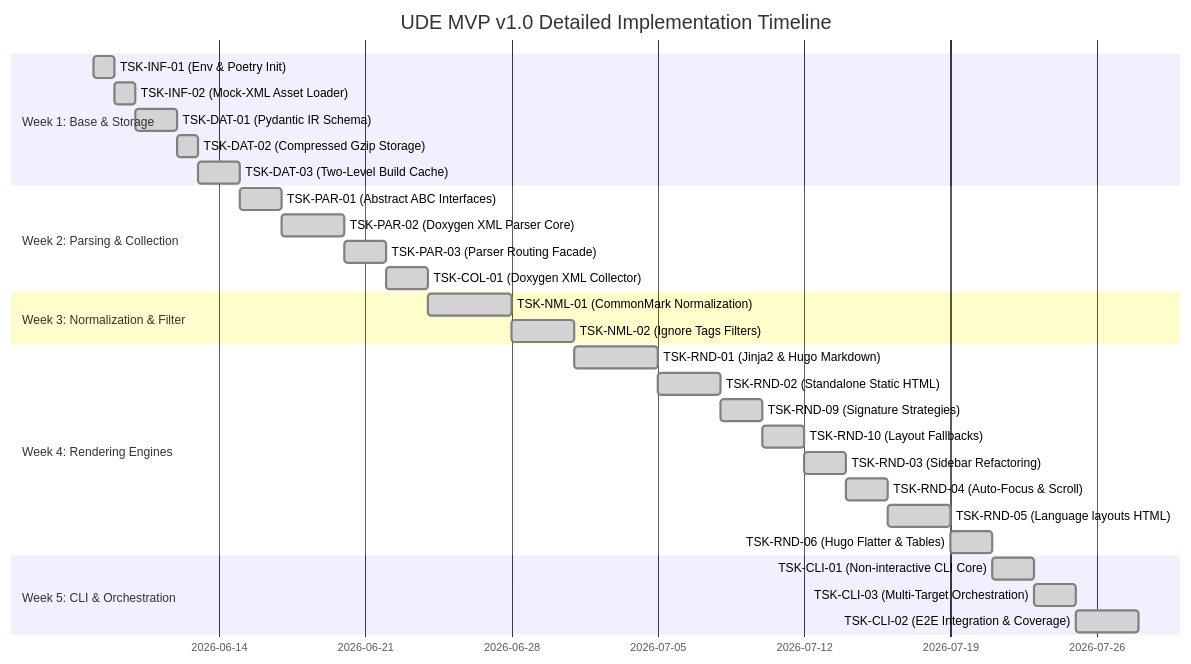
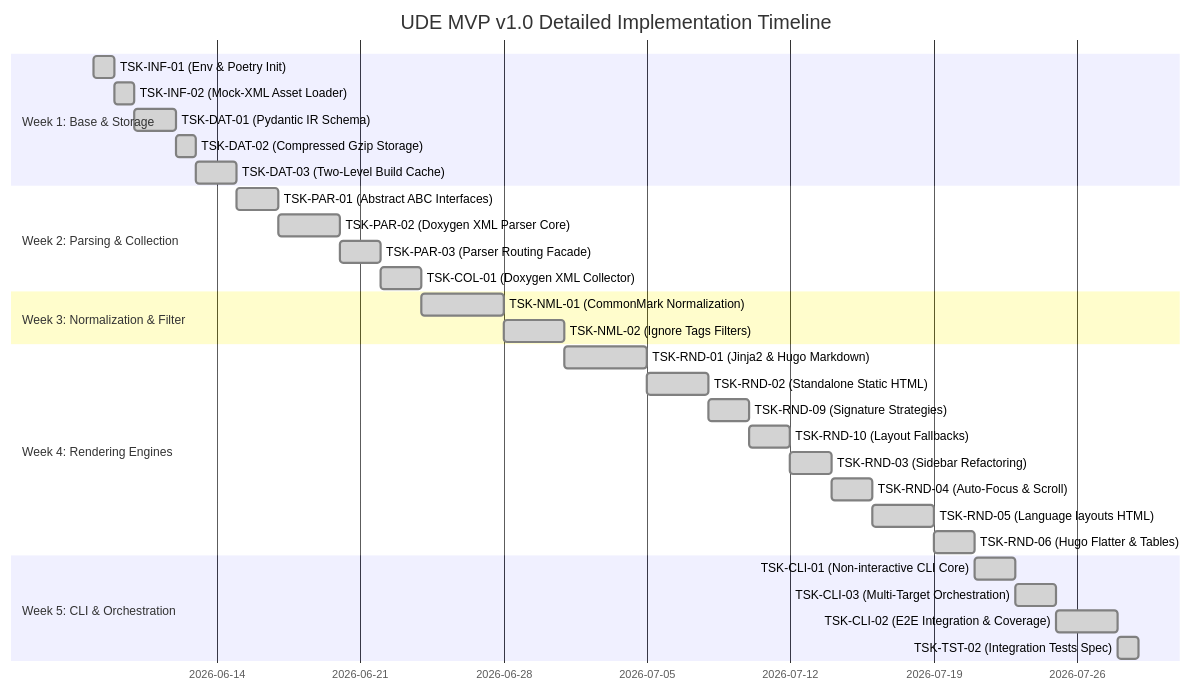
One commit to Sir-Derryk/Pipeline changed the diagram in .antigravitycli/active_plan.md. Above: the diagram before and after it, drawn with Mermaid. The commit also changed other lines of this file and 1 other file, not shown here.

Commit message:
docs: integrate integration tests spec and update metadata logs

````diff
--- a/.antigravitycli/active_plan.md
+++ b/.antigravitycli/active_plan.md
@@ -14,32 +14,33 @@
 ```mermaid
 gantt
     title UDE MVP v1.0 Detailed Implementation Timeline
     dateFormat  YYYY-MM-DD
     section Week 1: Base & Storage
     TSK-INF-01 (Env & Poetry Init)       :done, t1, 2026-06-08, 1d
     TSK-INF-02 (Mock-XML Asset Loader)   :done, t2, after t1, 1d
     TSK-DAT-01 (Pydantic IR Schema)      :done, t3, after t2, 2d
     TSK-DAT-02 (Compressed Gzip Storage) :done, t4, after t3, 1d
     TSK-DAT-03 (Two-Level Build Cache)   :done, t5, after t4, 2d
     section Week 2: Parsing & Collection
     TSK-PAR-01 (Abstract ABC Interfaces) :done, t6, after t5, 2d
     TSK-PAR-02 (Doxygen XML Parser Core) :done, t7, after t6, 3d
     TSK-PAR-03 (Parser Routing Facade)   :done, t7_1, after t7, 2d
     TSK-COL-01 (Doxygen XML Collector)   :done, t8, after t7_1, 2d
     section Week 3: Normalization & Filter
     TSK-NML-01 (CommonMark Normalization):done, t9, after t8, 4d
     TSK-NML-02 (Ignore Tags Filters)     :done, t10, after t9, 3d
     section Week 4: Rendering Engines
     TSK-RND-01 (Jinja2 & Hugo Markdown)  :done, t11, after t10, 4d
     TSK-RND-02 (Standalone Static HTML)  :done, t12, after t11, 3d
     TSK-RND-09 (Signature Strategies)    :done, t12_1, after t12, 2d
     TSK-RND-10 (Layout Fallbacks)        :done, t12_2, after t12_1, 2d
     TSK-RND-03 (Sidebar Refactoring)     :done, t13, after t12_2, 2d
     TSK-RND-04 (Auto-Focus & Scroll)     :done, t14, after t13, 2d
     TSK-RND-05 (Language layouts HTML)   :done, t15, after t14, 3d
     TSK-RND-06 (Hugo Flatter & Tables)   :done, t16, after t15, 2d
     section Week 5: CLI & Orchestration
     TSK-CLI-01 (Non-interactive CLI Core):done, t17, after t16, 2d
     TSK-CLI-03 (Multi-Target Orchestration):done, t18, after t17, 2d
     TSK-CLI-02 (E2E Integration & Coverage):done, t19, after t18, 3d
+    TSK-TST-02 (Integration Tests Spec)  :done, t20, after t19, 1d
 ```
````
